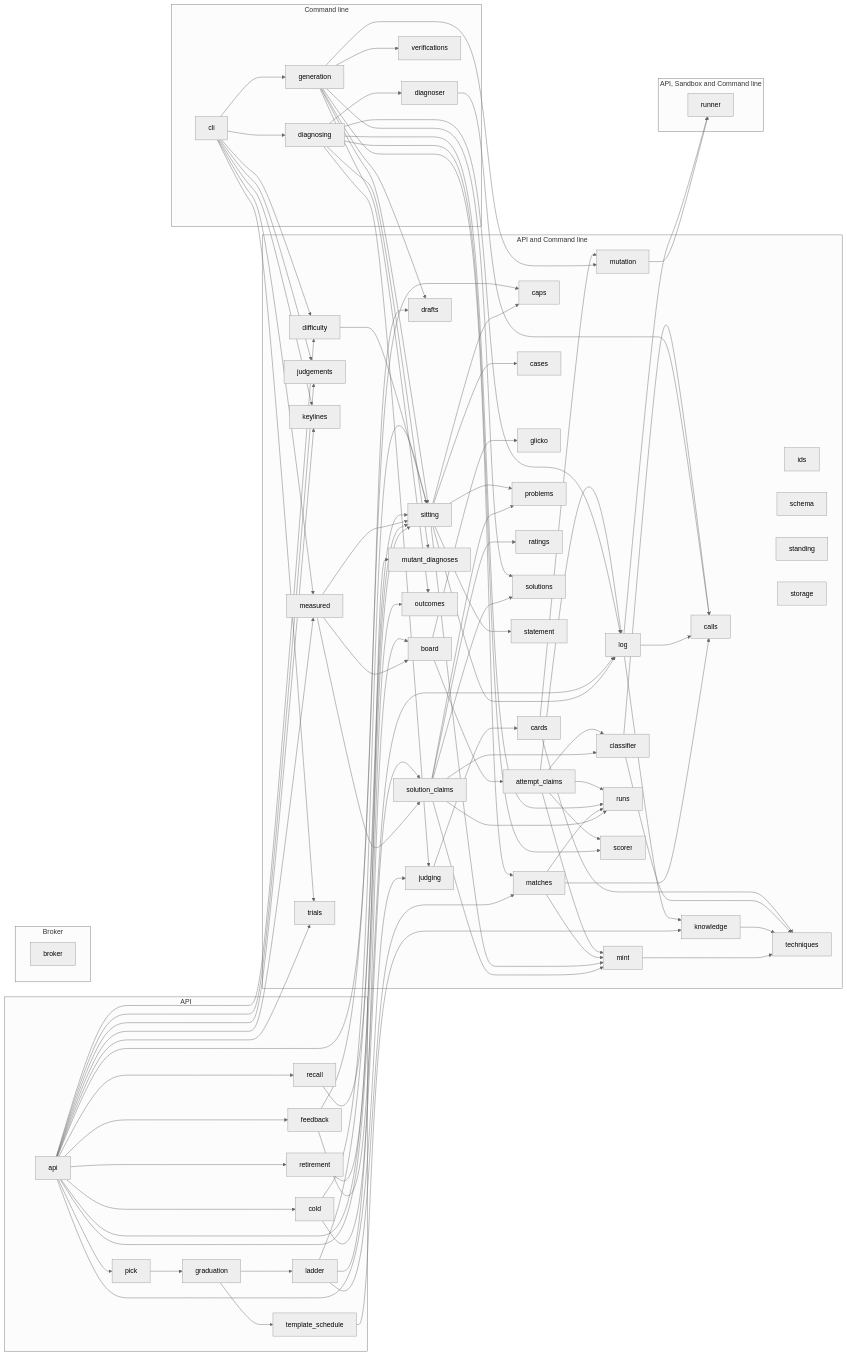
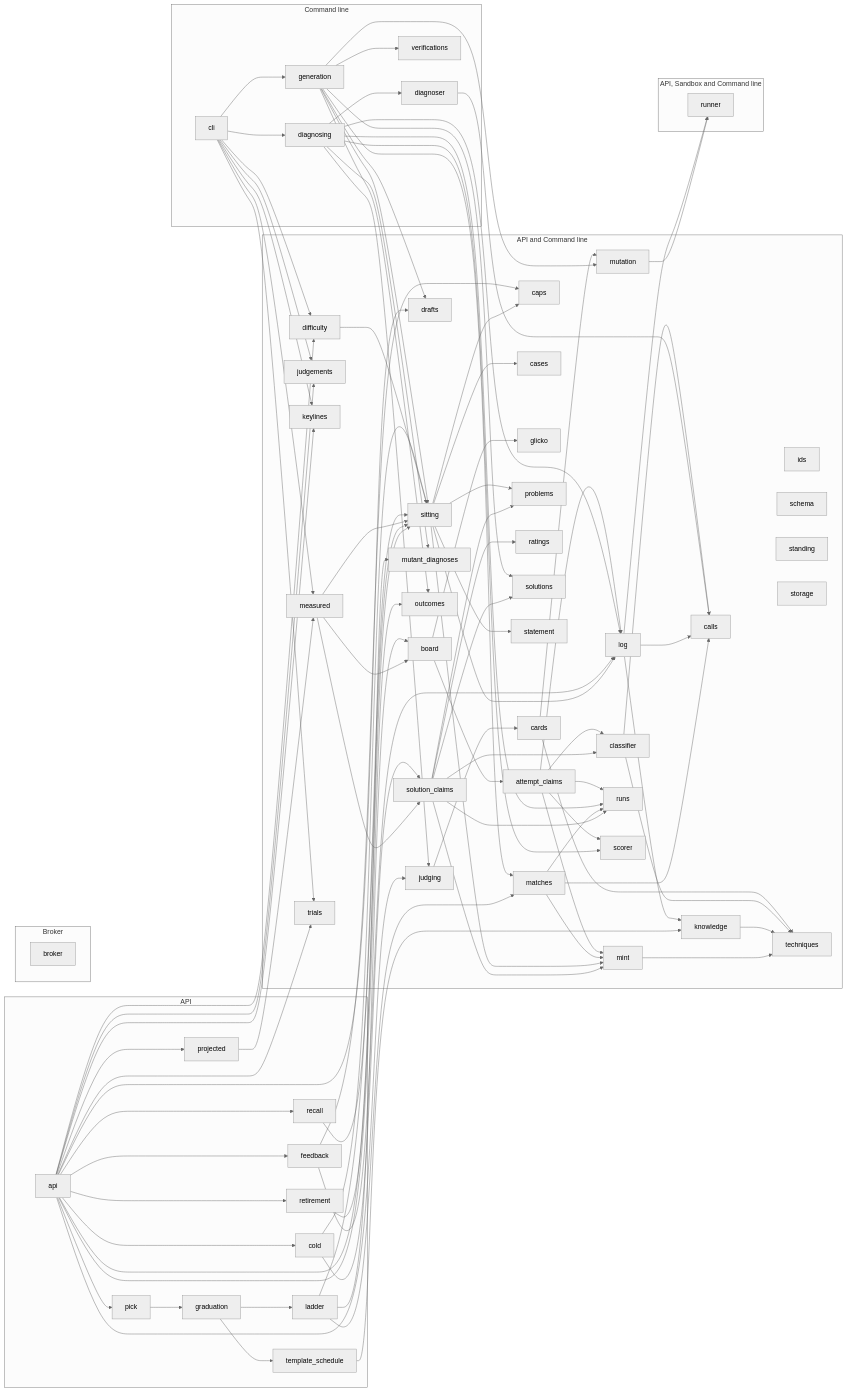
One commit to climbance/climbance changed the diagram in docs/architecture/modules.md. Above: the diagram before and after it, drawn with Mermaid (neutral theme). The commit also changed 13 other files, not shown here.

```diff
--- a/docs/architecture/modules.md
+++ b/docs/architecture/modules.md
@@ -41,6 +41,7 @@
         climb_graduation["graduation"]
         climb_ladder["ladder"]
         climb_pick["pick"]
+        climb_projected["projected"]
         climb_recall["recall"]
         climb_retirement["retirement"]
         climb_template_schedule["template_schedule"]
@@ -102,10 +103,10 @@
     climb_api --> climb_judgements
     climb_api --> climb_judging
     climb_api --> climb_keylines
-    climb_api --> climb_measured
     climb_api --> climb_mutant_diagnoses
     climb_api --> climb_outcomes
     climb_api --> climb_pick
+    climb_api --> climb_projected
     climb_api --> climb_recall
     climb_api --> climb_retirement
     climb_api --> climb_trials
@@ -165,6 +166,7 @@
     climb_mint --> climb_techniques
     climb_mutation --> climb_runner
     climb_pick --> climb_graduation
+    climb_projected --> climb_measured
     climb_recall --> climb_sitting
     climb_retirement --> climb_sitting
     climb_sitting --> climb_caps
```
